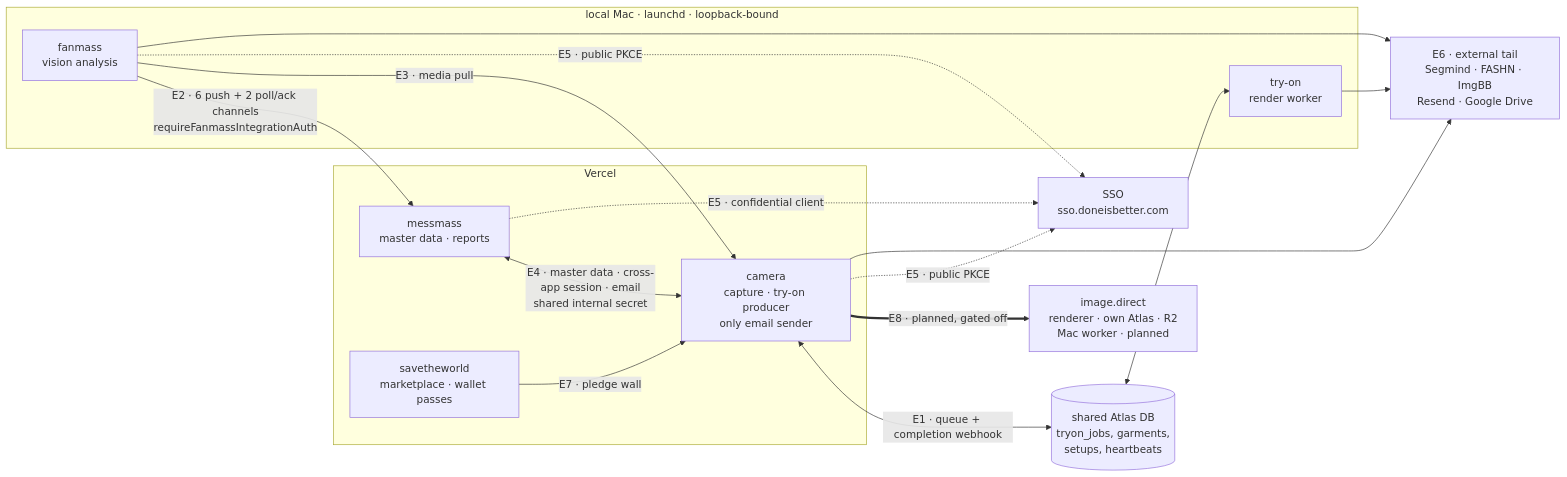
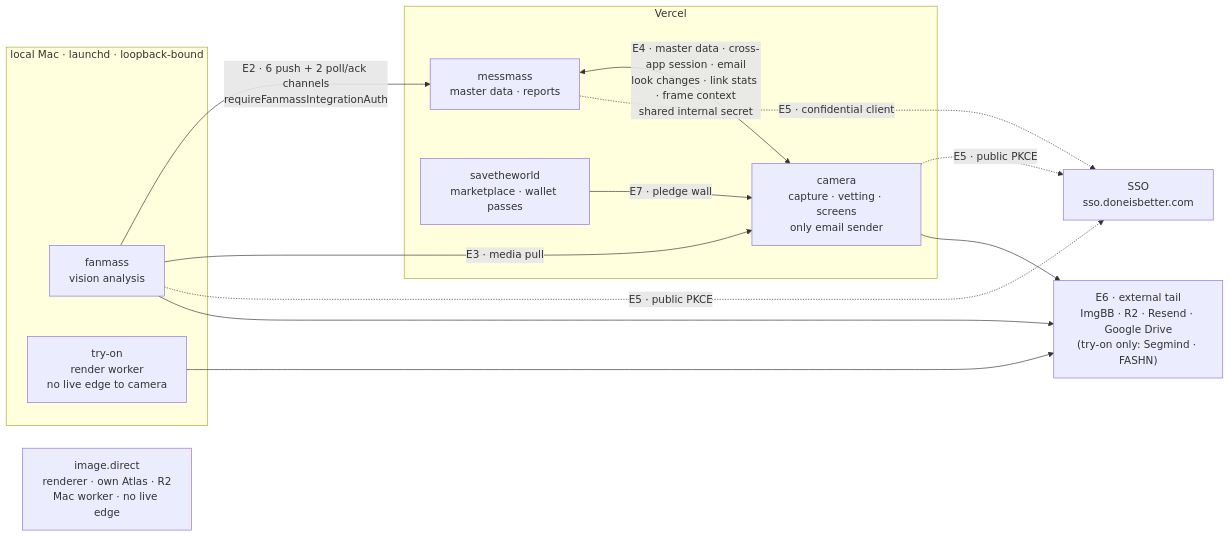
Before and after one commit to moldovancsaba/messmass: the diagram in docs/_audit/fleet-architecture.md, drawn with Mermaid. The commit also changed other lines of this file and 20 other files, not shown here.

First line of the commit message:
Docs: clean up obsolete camera information after the try-on removal; fix the events list Camera link (#463)

````diff
--- a/docs/_audit/fleet-architecture.md
+++ b/docs/_audit/fleet-architecture.md
@@ -99,34 +131,30 @@
 ```mermaid
 flowchart LR
   subgraph vercel["Vercel"]
     MM["messmass<br/>master data · reports"]
-    CAM["camera<br/>capture · try-on producer<br/>only email sender"]
+    CAM["camera<br/>capture · vetting · screens<br/>only email sender"]
     STW["savetheworld<br/>marketplace · wallet passes"]
   end
 
   subgraph localmac["local Mac · launchd · loopback-bound"]
     FAN["fanmass<br/>vision analysis"]
-    TRY["try-on<br/>render worker"]
+    TRY["try-on<br/>render worker<br/>no live edge to camera"]
   end
 
-  IMD["image.direct<br/>renderer · own Atlas · R2<br/>Mac worker · planned"]
+  IMD["image.direct<br/>renderer · own Atlas · R2<br/>Mac worker · no live edge"]
   SSO["SSO<br/>sso.doneisbetter.com"]
-  ATLAS[("shared Atlas DB<br/>tryon_jobs, garments,<br/>setups, heartbeats")]
 
-  CAM <-->|"E1 · queue + completion webhook"| ATLAS
-  ATLAS <--> TRY
   FAN -->|"E2 · 6 push + 2 poll/ack channels<br/>requireFanmassIntegrationAuth"| MM
   FAN -->|"E3 · media pull"| CAM
-  MM <-->|"E4 · master data · cross-app session · email<br/>shared internal secret"| CAM
+  MM <-->|"E4 · master data · cross-app session · email<br/>look changes · link stats · frame context<br/>shared internal secret"| CAM
   STW -->|"E7 · pledge wall"| CAM
-  CAM ==>|"E8 · planned, gated off"| IMD
 
   MM -.->|"E5 · confidential client"| SSO
   CAM -.->|"E5 · public PKCE"| SSO
   FAN -.->|"E5 · public PKCE"| SSO
 
-  EXT["E6 · external tail<br/>Segmind · FASHN · ImgBB<br/>Resend · Google Drive"]
+  EXT["E6 · external tail<br/>ImgBB · R2 · Resend · Google Drive<br/>(try-on only: Segmind · FASHN)"]
   CAM --> EXT
   TRY --> EXT
   FAN --> EXT
 ```
````
